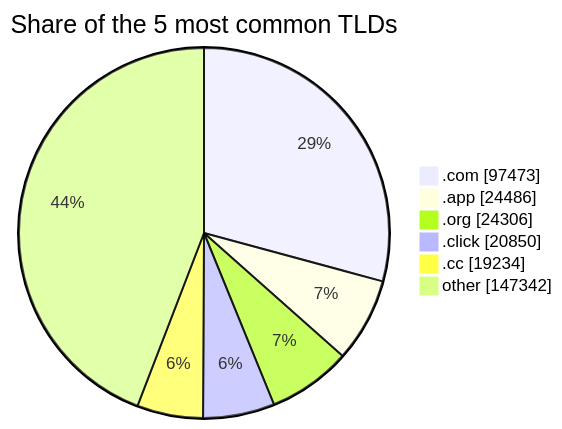
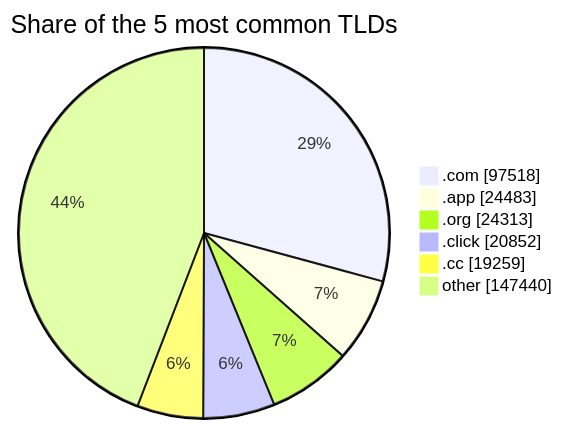
Before and after one commit to DNSBunker/CTI: the third of 3 diagrams in README.md, drawn with Mermaid. The commit also changed other lines of this file and 4 other files, not shown here.

````diff
--- a/README.md
+++ b/README.md
@@ -81,9 +81,9 @@
 ```mermaid
 pie showData title Share of the 5 most common TLDs
-    ".com" : 97473
-    ".app" : 24486
-    ".org" : 24306
-    ".click" : 20850
-    ".cc" : 19234
-    "other" : 147342
+    ".com" : 97518
+    ".app" : 24483
+    ".org" : 24313
+    ".click" : 20852
+    ".cc" : 19259
+    "other" : 147440
 ```
````
